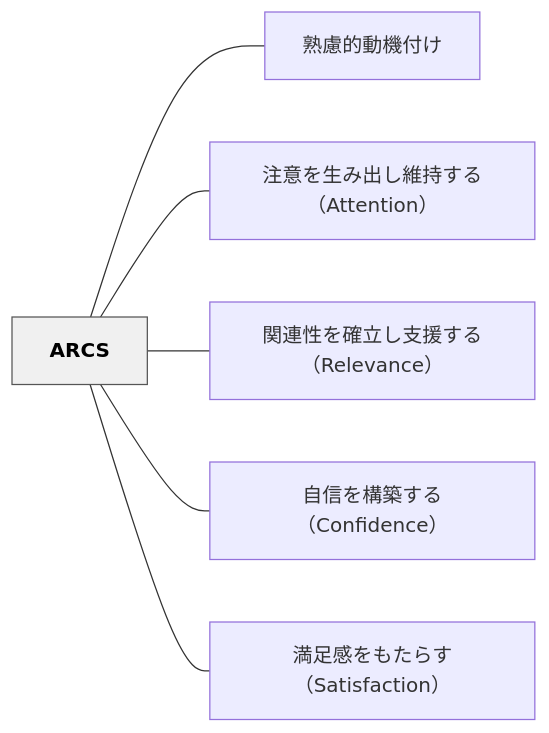
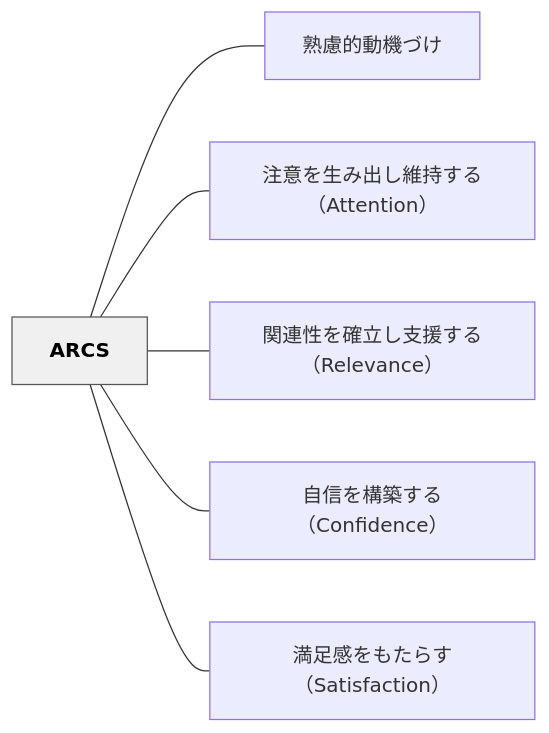
Before and after one commit to unknownthings-ed-patterns/unknownthings-ed-patterns: the diagram in content/パタン/ARCS.md, drawn with Mermaid. The commit also changed other lines of this file and 234 other files, not shown here.

````diff
--- a/content/パタン/ARCS.md
+++ b/content/パタン/ARCS.md
@@ -59,18 +59,18 @@
 ```mermaid
 flowchart LR
     n41524353["ARCS"]
-    ne7869fe685aee79a84e58b95e6a99fe4bb98e38191["熟慮的動機付け"]
+    ne7869fe685aee79a84e58b95e6a99fe381a5e38191["熟慮的動機づけ"]
     ne6b3a8e6848fe38292e7949fe381bfe587bae38197e7b6ade68c81e38199e3828befbc88417474656e74696f6eefbc89["注意を生み出し維持する（Attention）"]
     ne996a2e980a3e680a7e38292e7a2bae7ab8be38197e694afe68fb4e38199e3828befbc8852656c6576616e6365efbc89["関連性を確立し支援する（Relevance）"]
     ne887aae4bfa1e38292e6a78be7af89e38199e3828befbc88436f6e666964656e6365efbc89["自信を構築する（Confidence）"]
     ne6ba80e8b6b3e6849fe38292e38282e3819fe38289e38199efbc88536174697366616374696f6eefbc89["満足感をもたらす（Satisfaction）"]
 
-    n41524353 --- ne7869fe685aee79a84e58b95e6a99fe4bb98e38191
+    n41524353 --- ne7869fe685aee79a84e58b95e6a99fe381a5e38191
     n41524353 --- ne6b3a8e6848fe38292e7949fe381bfe587bae38197e7b6ade68c81e38199e3828befbc88417474656e74696f6eefbc89
     n41524353 --- ne996a2e980a3e680a7e38292e7a2bae7ab8be38197e694afe68fb4e38199e3828befbc8852656c6576616e6365efbc89
     n41524353 --- ne887aae4bfa1e38292e6a78be7af89e38199e3828befbc88436f6e666964656e6365efbc89
     n41524353 --- ne6ba80e8b6b3e6849fe38292e38282e3819fe38289e38199efbc88536174697366616374696f6eefbc89
 
     classDef hub fill:#f0f0f0,stroke:#555,color:#000,font-weight:bold
     class n41524353 hub
 ```
````
